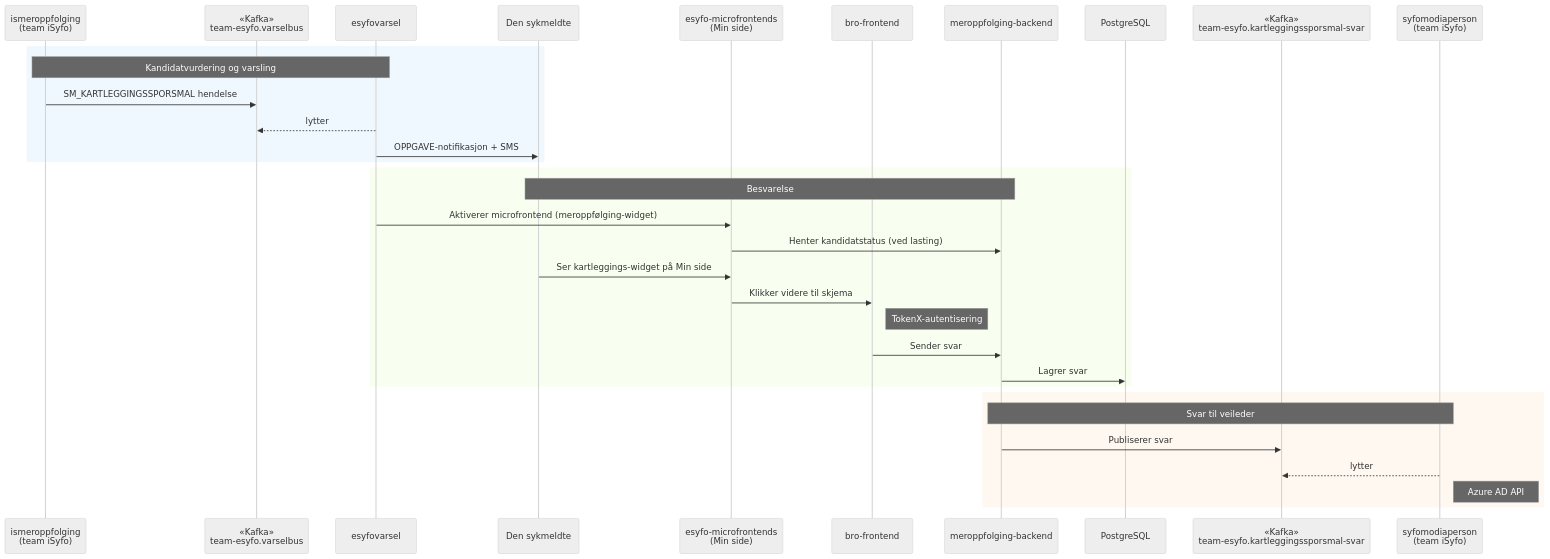
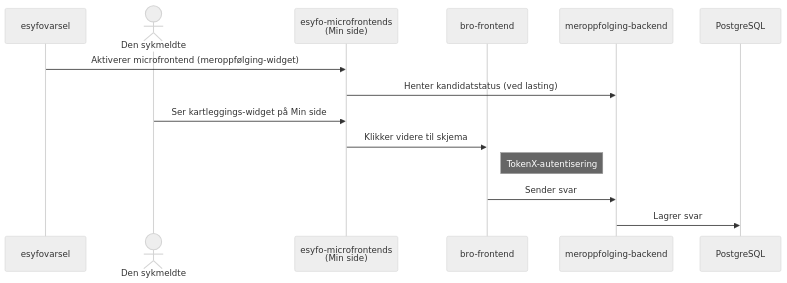
One commit to navikt/team-esyfo changed the second of 3 diagrams in docs/omrader/kartleggingssporsmal/teknisk.md. Above: the diagram before and after it, drawn with Mermaid (neutral theme). The commit also changed other lines of this file and 6 other files, not shown here.

````diff
--- a/docs/omrader/kartleggingssporsmal/teknisk.md
+++ b/docs/omrader/kartleggingssporsmal/teknisk.md
@@ -7,41 +23,17 @@
 ```mermaid
 sequenceDiagram
-    participant ismo as ismeroppfolging<br/>(team iSyfo)
-    participant varselbus as «Kafka»<br/>team-esyfo.varselbus
     participant esyfovarsel as esyfovarsel
-    participant bruker as Den sykmeldte
+    actor bruker as Den sykmeldte
     participant micro as esyfo-microfrontends<br/>(Min side)
     participant bro as bro-frontend
     participant backend as meroppfolging-backend
     participant db as PostgreSQL
-    participant svartopic as «Kafka»<br/>team-esyfo.kartleggingssporsmal-svar
-    participant modia as syfomodiaperson<br/>(team iSyfo)
-
-    rect rgb(240, 248, 255)
-    Note over ismo,esyfovarsel: Kandidatvurdering og varsling
-
-    ismo->>varselbus: SM_KARTLEGGINGSSPORSMAL hendelse
-    esyfovarsel-->>varselbus: lytter
-    esyfovarsel->>bruker: OPPGAVE-notifikasjon + SMS
-    end
-
-    rect rgb(248, 255, 240)
-    Note over bruker,backend: Besvarelse
 
     esyfovarsel->>micro: Aktiverer microfrontend (meroppfølging-widget)
     micro->>backend: Henter kandidatstatus (ved lasting)
     bruker->>micro: Ser kartleggings-widget på Min side
     micro->>bro: Klikker videre til skjema
     Note right of bro: TokenX-autentisering
     bro->>backend: Sender svar
     backend->>db: Lagrer svar
-    end
-
-    rect rgb(255, 248, 240)
-    Note over backend,modia: Svar til veileder
-
-    backend->>svartopic: Publiserer svar
-    modia-->>svartopic: lytter
-    Note right of modia: Azure AD API
-    end
 ```
````
